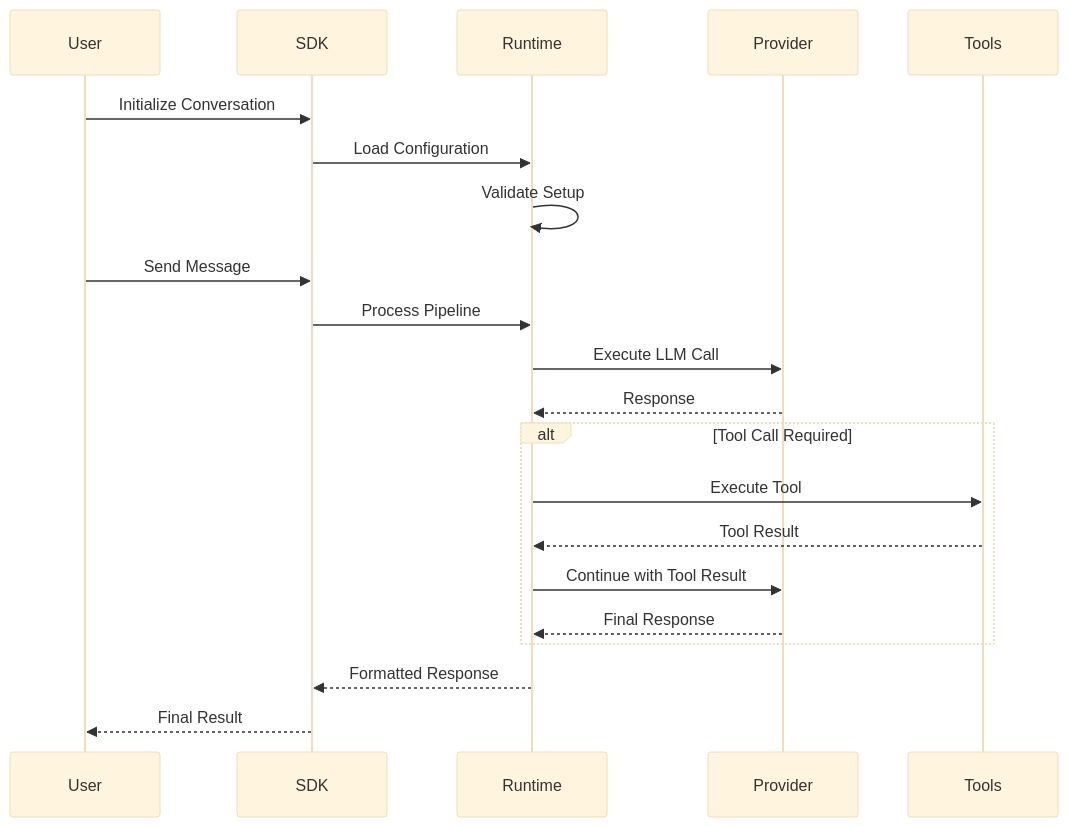
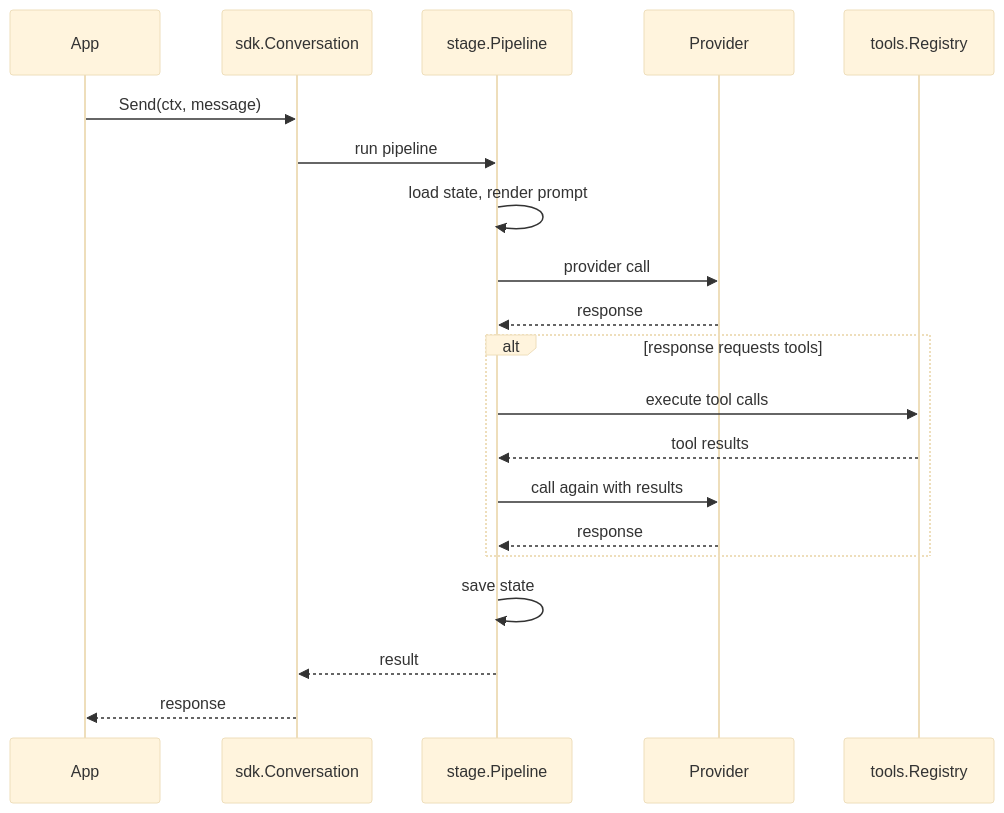
One commit to AltairaLabs/PromptKit changed the third of 3 diagrams in docs/src/content/docs/architecture/system-overview.md. Above: the diagram before and after it, drawn with Mermaid (base theme). The commit also changed other lines of this file and 35 other files, not shown here.

First line of the commit message:
docs: review the explanation and architecture pages against the code (#2343)

````diff
--- a/docs/src/content/docs/architecture/system-overview.md
+++ b/docs/src/content/docs/architecture/system-overview.md
@@ -96,27 +78,25 @@
 ```mermaid
 sequenceDiagram
-    participant User
-    participant SDK
-    participant Runtime
-    participant Provider
-    participant Tools
+    participant App
+    participant SDK as sdk.Conversation
+    participant Pipe as stage.Pipeline
+    participant Prov as Provider
+    participant Tools as tools.Registry
 
-    User->>SDK: Initialize Conversation
-    SDK->>Runtime: Load Configuration
-    Runtime->>Runtime: Validate Setup
+    App->>SDK: Send(ctx, message)
+    SDK->>Pipe: run pipeline
+    Pipe->>Pipe: load state, render prompt
+    Pipe->>Prov: provider call
+    Prov-->>Pipe: response
 
-    User->>SDK: Send Message
-    SDK->>Runtime: Process Pipeline
-    Runtime->>Provider: Execute LLM Call
-    Provider-->>Runtime: Response
-
-    alt Tool Call Required
-        Runtime->>Tools: Execute Tool
-        Tools-->>Runtime: Tool Result
-        Runtime->>Provider: Continue with Tool Result
-        Provider-->>Runtime: Final Response
+    alt response requests tools
+        Pipe->>Tools: execute tool calls
+        Tools-->>Pipe: tool results
+        Pipe->>Prov: call again with results
+        Prov-->>Pipe: response
     end
 
-    Runtime-->>SDK: Formatted Response
-    SDK-->>User: Final Result
+    Pipe->>Pipe: save state
+    Pipe-->>SDK: result
+    SDK-->>App: response
 ```
````
